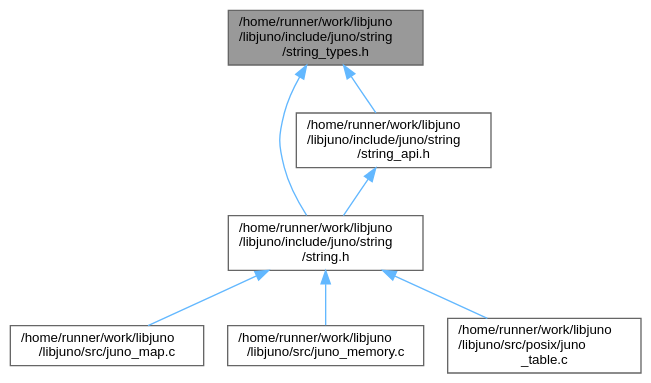
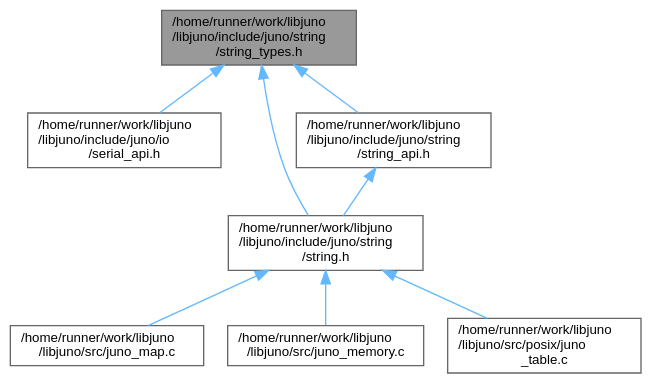
One commit to robinonsay/libjuno changed the diagram in string__types_8h__dep__incl.dot. Above: the diagram before and after it, drawn with Graphviz. The commit also changed 161 other files, not shown here.

```diff
--- a/string__types_8h__dep__incl.dot
+++ b/string__types_8h__dep__incl.dot
@@ -1,19 +1,21 @@
 digraph "/home/runner/work/libjuno/libjuno/include/juno/string/string_types.h"
 {
  // LATEX_PDF_SIZE
   bgcolor="transparent";
   edge [fontname=Helvetica,fontsize=10,labelfontname=Helvetica,labelfontsize=10];
   node [fontname=Helvetica,fontsize=10,shape=box,height=0.2,width=0.4];
   Node1 [id="Node000001",label="/home/runner/work/libjuno\l/libjuno/include/juno/string\l/string_types.h",height=0.2,width=0.4,color="gray40", fillcolor="grey60", style="filled", fontcolor="black",tooltip=" "];
   Node1 -> Node2 [id="edge1_Node000001_Node000002",dir="back",color="steelblue1",style="solid",tooltip=" "];
-  Node2 [id="Node000002",label="/home/runner/work/libjuno\l/libjuno/include/juno/string\l/string.h",height=0.2,width=0.4,color="grey40", fillcolor="white", style="filled",URL="$string_8h.html",tooltip=" "];
-  Node2 -> Node3 [id="edge2_Node000002_Node000003",dir="back",color="steelblue1",style="solid",tooltip=" "];
-  Node3 [id="Node000003",label="/home/runner/work/libjuno\l/libjuno/src/juno_map.c",height=0.2,width=0.4,color="grey40", fillcolor="white", style="filled",URL="$juno__map_8c.html",tooltip=" "];
-  Node2 -> Node4 [id="edge3_Node000002_Node000004",dir="back",color="steelblue1",style="solid",tooltip=" "];
-  Node4 [id="Node000004",label="/home/runner/work/libjuno\l/libjuno/src/juno_memory.c",height=0.2,width=0.4,color="grey40", fillcolor="white", style="filled",URL="$juno__memory_8c.html",tooltip=" "];
-  Node2 -> Node5 [id="edge4_Node000002_Node000005",dir="back",color="steelblue1",style="solid",tooltip=" "];
-  Node5 [id="Node000005",label="/home/runner/work/libjuno\l/libjuno/src/posix/juno\l_table.c",height=0.2,width=0.4,color="grey40", fillcolor="white", style="filled",URL="$juno__table_8c.html",tooltip=" "];
-  Node1 -> Node6 [id="edge5_Node000001_Node000006",dir="back",color="steelblue1",style="solid",tooltip=" "];
-  Node6 [id="Node000006",label="/home/runner/work/libjuno\l/libjuno/include/juno/string\l/string_api.h",height=0.2,width=0.4,color="grey40", fillcolor="white", style="filled",URL="$string__api_8h.html",tooltip=" "];
-  Node6 -> Node2 [id="edge6_Node000006_Node000002",dir="back",color="steelblue1",style="solid",tooltip=" "];
+  Node2 [id="Node000002",label="/home/runner/work/libjuno\l/libjuno/include/juno/io\l/serial_api.h",height=0.2,width=0.4,color="grey40", fillcolor="white", style="filled",URL="$serial__api_8h.html",tooltip=" "];
+  Node1 -> Node3 [id="edge2_Node000001_Node000003",dir="back",color="steelblue1",style="solid",tooltip=" "];
+  Node3 [id="Node000003",label="/home/runner/work/libjuno\l/libjuno/include/juno/string\l/string.h",height=0.2,width=0.4,color="grey40", fillcolor="white", style="filled",URL="$string_8h.html",tooltip=" "];
+  Node3 -> Node4 [id="edge3_Node000003_Node000004",dir="back",color="steelblue1",style="solid",tooltip=" "];
+  Node4 [id="Node000004",label="/home/runner/work/libjuno\l/libjuno/src/juno_map.c",height=0.2,width=0.4,color="grey40", fillcolor="white", style="filled",URL="$juno__map_8c.html",tooltip=" "];
+  Node3 -> Node5 [id="edge4_Node000003_Node000005",dir="back",color="steelblue1",style="solid",tooltip=" "];
+  Node5 [id="Node000005",label="/home/runner/work/libjuno\l/libjuno/src/juno_memory.c",height=0.2,width=0.4,color="grey40", fillcolor="white", style="filled",URL="$juno__memory_8c.html",tooltip=" "];
+  Node3 -> Node6 [id="edge5_Node000003_Node000006",dir="back",color="steelblue1",style="solid",tooltip=" "];
+  Node6 [id="Node000006",label="/home/runner/work/libjuno\l/libjuno/src/posix/juno\l_table.c",height=0.2,width=0.4,color="grey40", fillcolor="white", style="filled",URL="$juno__table_8c.html",tooltip=" "];
+  Node1 -> Node7 [id="edge6_Node000001_Node000007",dir="back",color="steelblue1",style="solid",tooltip=" "];
+  Node7 [id="Node000007",label="/home/runner/work/libjuno\l/libjuno/include/juno/string\l/string_api.h",height=0.2,width=0.4,color="grey40", fillcolor="white", style="filled",URL="$string__api_8h.html",tooltip=" "];
+  Node7 -> Node3 [id="edge7_Node000007_Node000003",dir="back",color="steelblue1",style="solid",tooltip=" "];
 }
```
